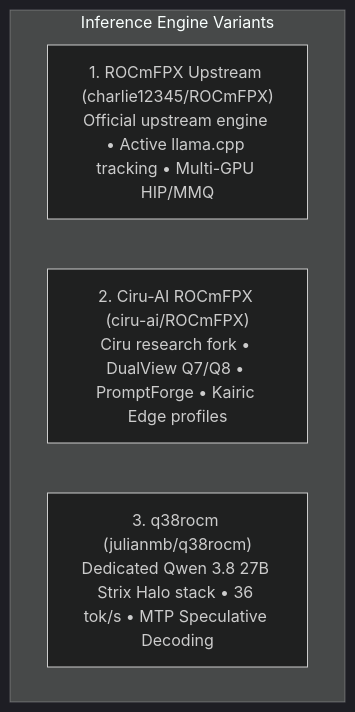
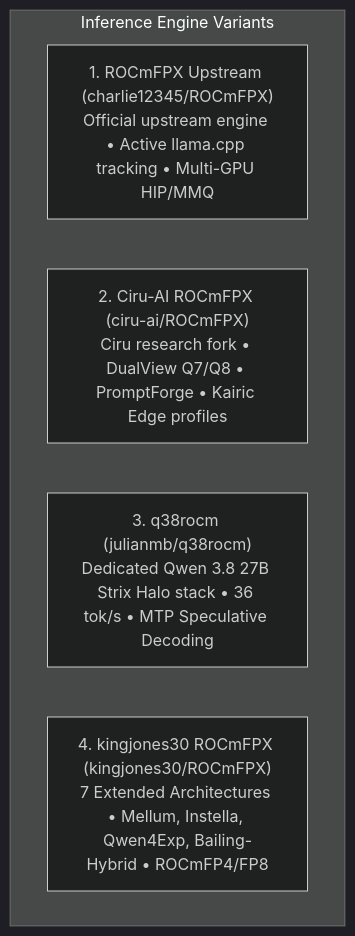
Before and after one commit to Heretek-AI/ROCmFPX-BUILDER: the diagram in README.md, drawn with Mermaid (dark theme). The commit also changed other lines of this file and 2 other files, not shown here.

Commit message:
feat: add kingjones30/ROCmFPX build workflow and documentation

````diff
--- a/README.md
+++ b/README.md
@@ -24,8 +24,9 @@
 ```mermaid
 flowchart TD
     subgraph Engines ["Inference Engine Variants"]
         E1["1. ROCmFPX Upstream (charlie12345/ROCmFPX)<br/>Official upstream engine • Active llama.cpp tracking • Multi-GPU HIP/MMQ"]
         E2["2. Ciru-AI ROCmFPX (ciru-ai/ROCmFPX)<br/>Ciru research fork • DualView Q7/Q8 • PromptForge • Kairic Edge profiles"]
         E3["3. q38rocm (julianmb/q38rocm)<br/>Dedicated Qwen 3.8 27B Strix Halo stack • 36 tok/s • MTP Speculative Decoding"]
+        E4["4. kingjones30 ROCmFPX (kingjones30/ROCmFPX)<br/>7 Extended Architectures • Mellum, Instella, Qwen4Exp, Bailing-Hybrid • ROCmFP4/FP8"]
     end
 ```
````
